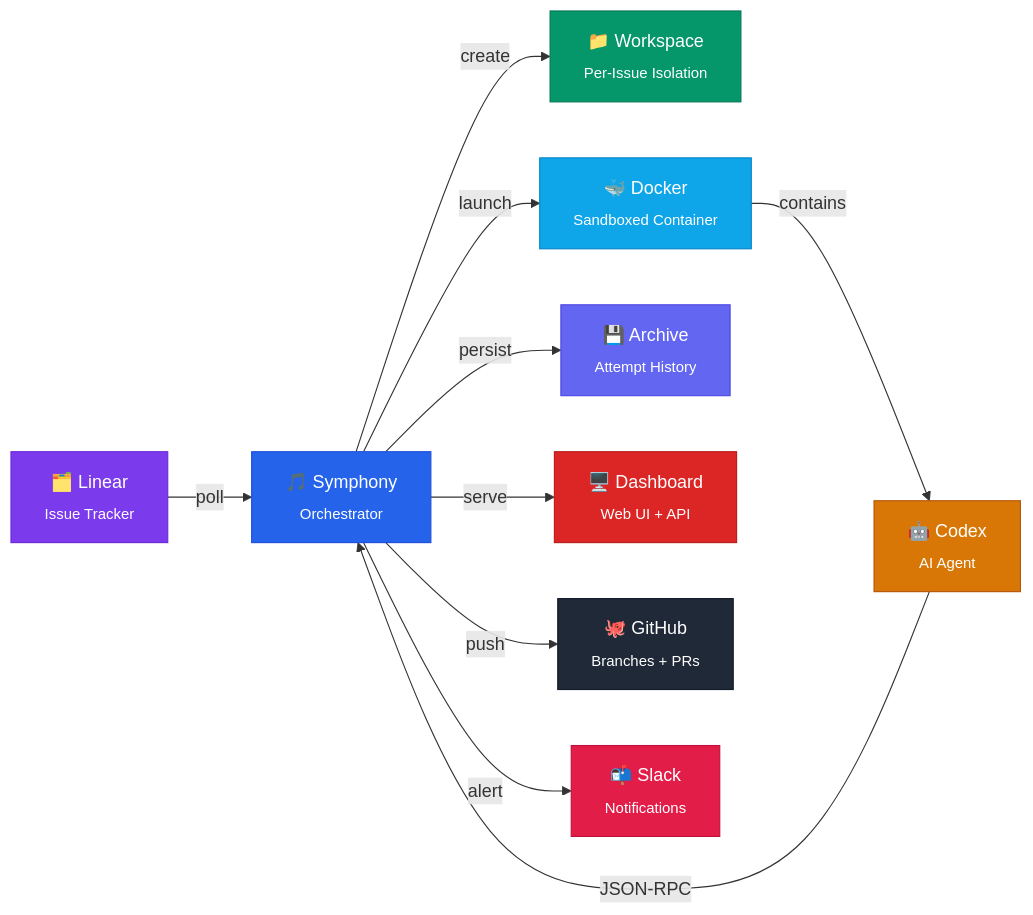
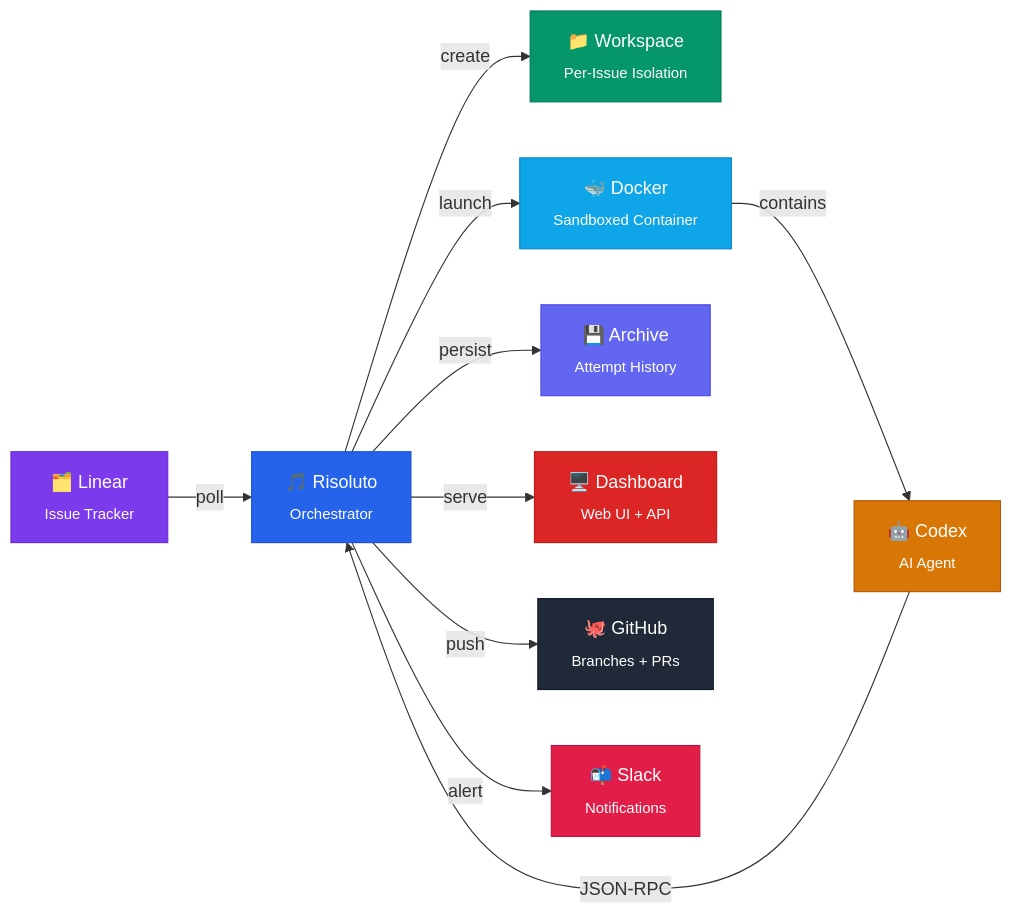
The first of 3 diagrams in README.md (OmerFarukOruc/symphony-orchestrator), drawn with Mermaid before and after one commit. The commit also changed other lines of this file and 43 other files, not shown here.

First line of the commit message:
refactor(rebrand): rename Symphony to Risoluto in docs, skills, prompts

````diff
--- a/README.md
+++ b/README.md
@@ -55,22 +55,22 @@
 ```mermaid
 flowchart LR
-    A["🗂️ Linear<br/><sub>Issue Tracker</sub>"] -->|"poll"| B["🎵 Symphony<br/><sub>Orchestrator</sub>"]
+    A["🗂️ Linear<br/><sub>Issue Tracker</sub>"] -->|"poll"| B["🎵 Risoluto<br/><sub>Orchestrator</sub>"]
     B -->|"create"| C["📁 Workspace<br/><sub>Per-Issue Isolation</sub>"]
     B -->|"launch"| D["🐳 Docker<br/><sub>Sandboxed Container</sub>"]
     D -->|"contains"| E["🤖 Codex<br/><sub>AI Agent</sub>"]
     E -->|"JSON-RPC"| B
     B -->|"persist"| F["💾 Archive<br/><sub>Attempt History</sub>"]
     B -->|"serve"| G["🖥️ Dashboard<br/><sub>Web UI + API</sub>"]
     B -->|"push"| H["🐙 GitHub<br/><sub>Branches + PRs</sub>"]
     B -->|"alert"| I["📬 Slack<br/><sub>Notifications</sub>"]
 
     style A fill:#7c3aed,stroke:#6d28d9,color:#fff
     style B fill:#2563eb,stroke:#1d4ed8,color:#fff
     style C fill:#059669,stroke:#047857,color:#fff
     style D fill:#0ea5e9,stroke:#0284c7,color:#fff
     style E fill:#d97706,stroke:#b45309,color:#fff
     style F fill:#6366f1,stroke:#4f46e5,color:#fff
     style G fill:#dc2626,stroke:#b91c1c,color:#fff
     style H fill:#1f2937,stroke:#111827,color:#fff
     style I fill:#e11d48,stroke:#be123c,color:#fff
 ```
````
